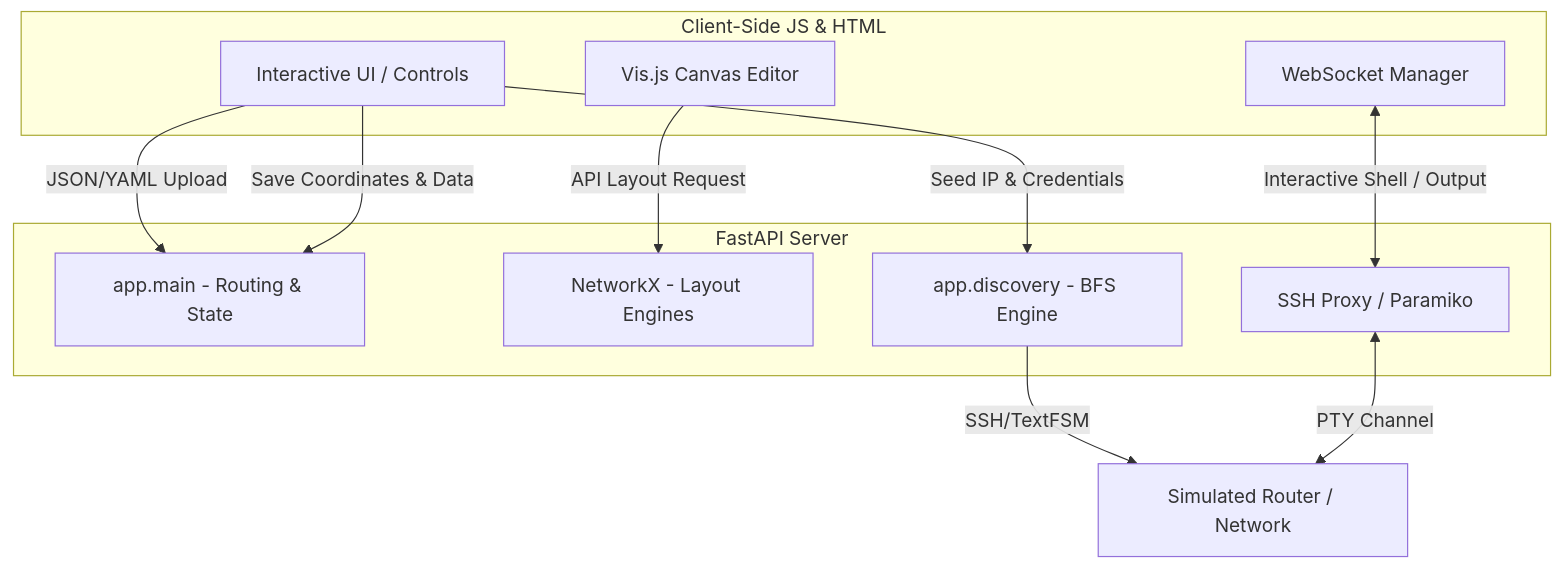
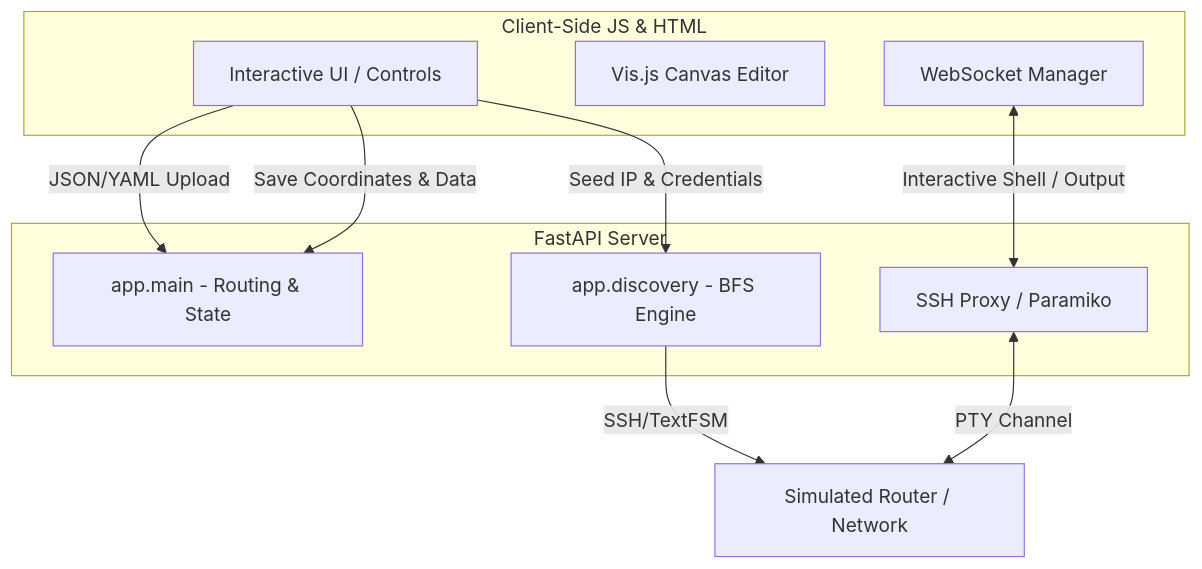
The diagram in README.md (EmmanuelPoe/network-topology-visualizer), drawn with Mermaid before and after one commit. The commit also changed other lines of this file and 7 other files, not shown here.

Commit message:
Remove NetworkX server-side layout calculations, layout dropdown UI controls, CSS styling, tests, and documentation

````diff
--- a/README.md
+++ b/README.md
@@ -22,23 +21,21 @@
 ```mermaid
 graph TD
     subgraph Frontend [Client-Side JS & HTML]
         UI[Interactive UI / Controls]
         Vis[Vis.js Canvas Editor]
         WS[WebSocket Manager]
     end
 
     subgraph Backend [FastAPI Server]
         Main[app.main - Routing & State]
-        NX[NetworkX - Layout Engines]
         Engine[app.discovery - BFS Engine]
         SSH[SSH Proxy / Paramiko]
     end
 
     UI -->|JSON/YAML Upload| Main
-    Vis -->|API Layout Request| NX
     UI -->|Seed IP & Credentials| Engine
     Engine -->|SSH/TextFSM| Router[Simulated Router / Network]
     WS <-->|Interactive Shell / Output| SSH
     SSH <-->|PTY Channel| Router
     UI -->|Save Coordinates & Data| Main
 ```
````
